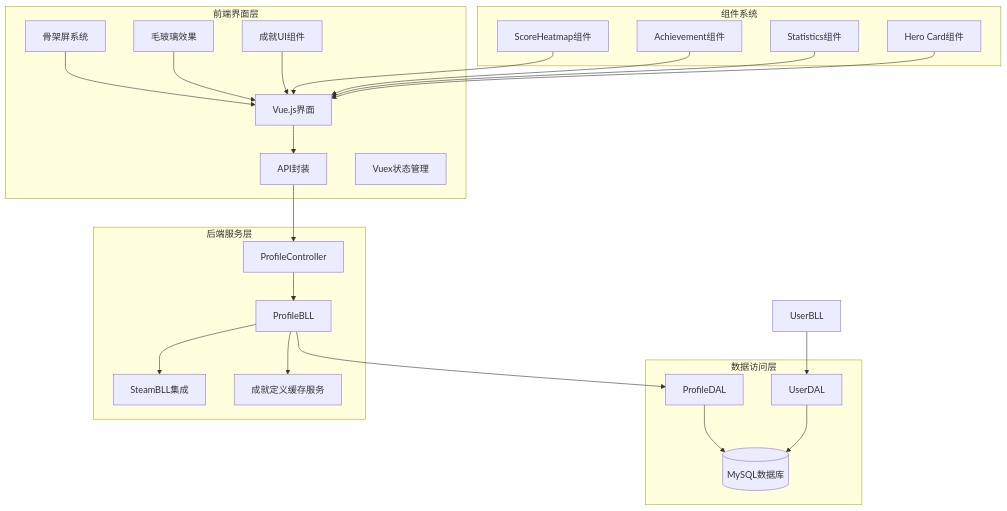
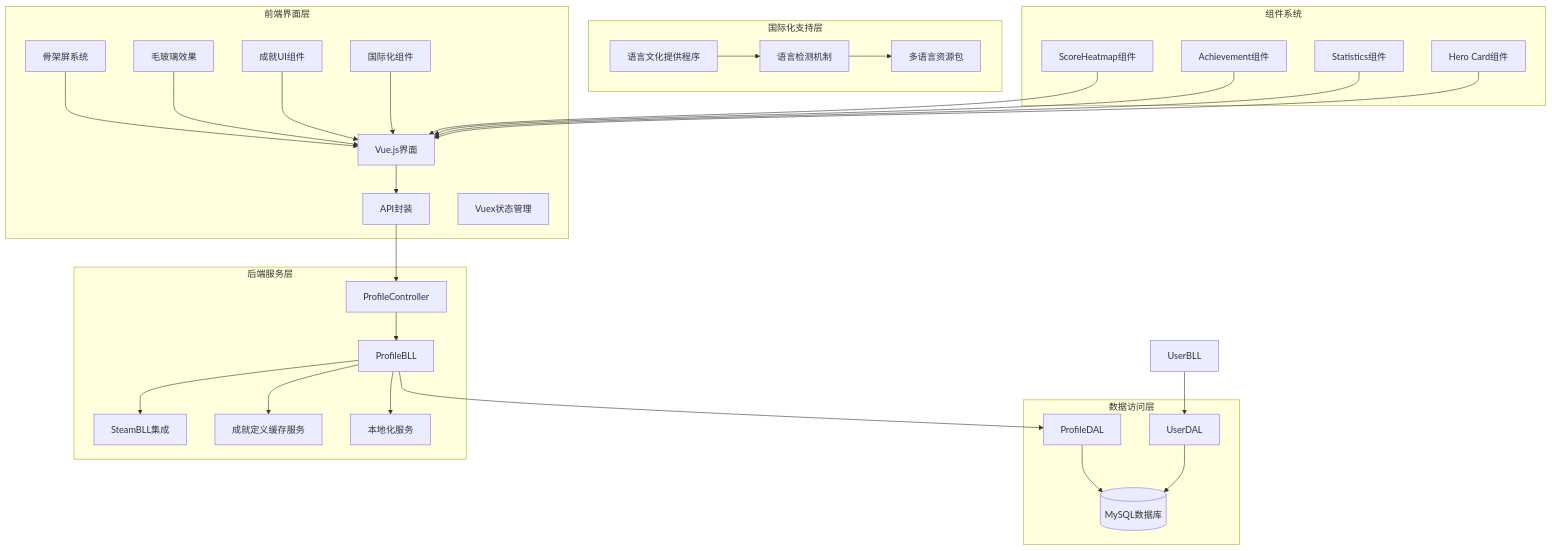
One commit to TinyMaD/SpeedRunnersLab changed the first of 22 diagrams in .qoder/repowiki/zh/content/后端 API 服务/用户管理模块/个人资料系统.md. Above: the diagram before and after it, drawn with Mermaid. The commit also changed other lines of this file and 34 other files, not shown here.

````diff
--- a/.qoder/repowiki/zh/content/后端 API 服务/用户管理模块/个人资料系统.md
+++ b/.qoder/repowiki/zh/content/后端 API 服务/用户管理模块/个人资料系统.md
@@ -63,44 +75,55 @@
 ```mermaid
 graph TB
+subgraph "国际化支持层"
+LocaleProvider[语言文化提供程序]
+LangDetector[语言检测机制]
+LangPacks[多语言资源包]
+end
 subgraph "前端界面层"
 UI[Vue.js界面]
 API[API封装]
 Store[Vuex状态管理]
 Skeleton[骨架屏系统]
 Glass[毛玻璃效果]
 AchievementUI[成就UI组件]
+I18n[国际化组件]
 end
 subgraph "后端服务层"
 Controller[ProfileController]
 BLL[ProfileBLL]
 SteamBLL[SteamBLL集成]
 AchievementSchemaService[成就定义缓存服务]
+Localizer[本地化服务]
 end
 subgraph "数据访问层"
 DAL[ProfileDAL]
 UserDAL[UserDAL]
 DB[(MySQL数据库)]
 end
 subgraph "组件系统"
 Heatmap[ScoreHeatmap组件]
 Achievement[Achievement组件]
 Stats[Statistics组件]
 Hero[Hero Card组件]
 end
+LocaleProvider --> LangDetector
+LangDetector --> LangPacks
 UI --> API
 API --> Controller
 Controller --> BLL
 BLL --> SteamBLL
 BLL --> AchievementSchemaService
+BLL --> Localizer
 BLL --> DAL
 UserBLL --> UserDAL
 DAL --> DB
 UserDAL --> DB
 AchievementUI --> UI
 Skeleton --> UI
 Glass --> UI
 Heatmap --> UI
 Achievement --> UI
 Stats --> UI
 Hero --> UI
+I18n --> UI
 ```
````
